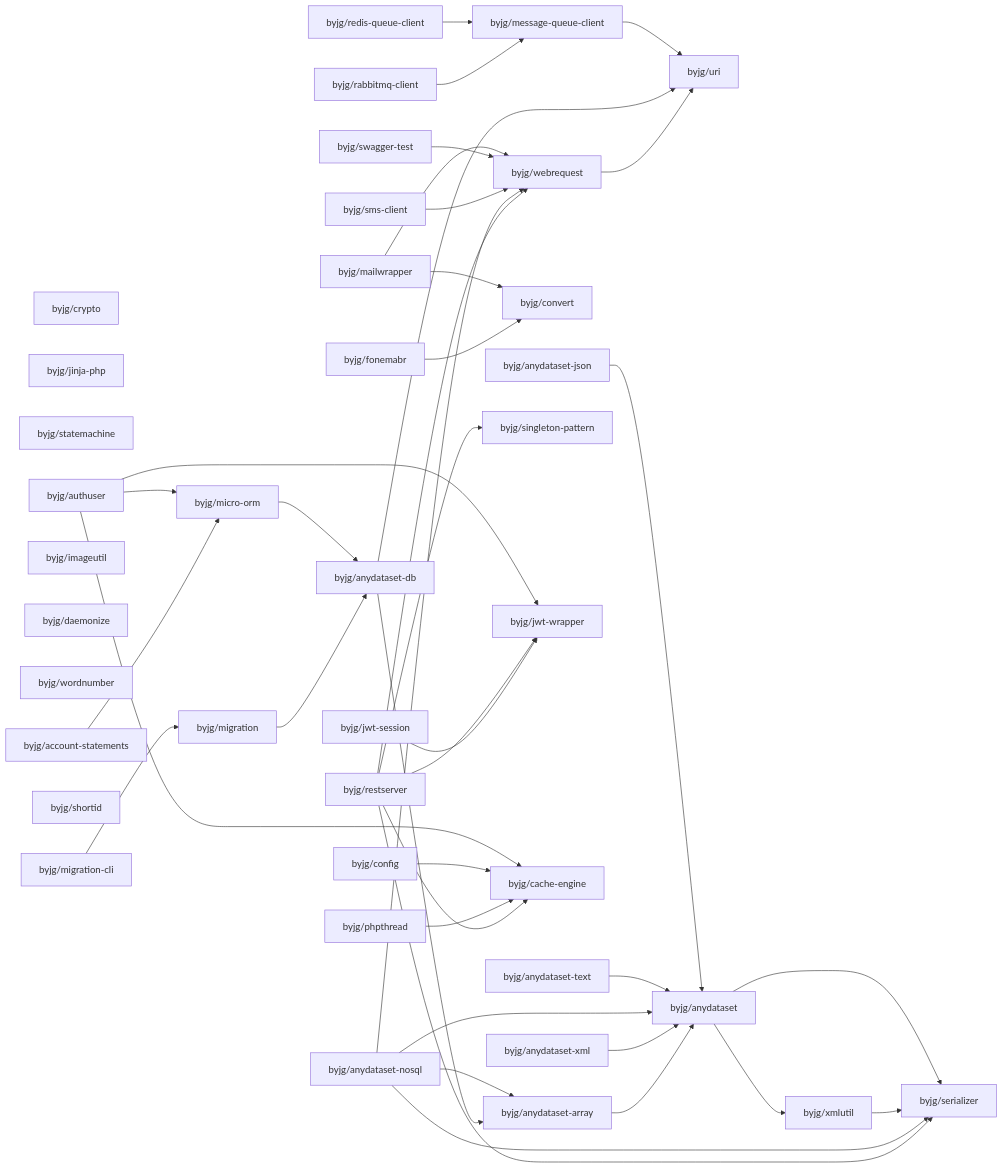
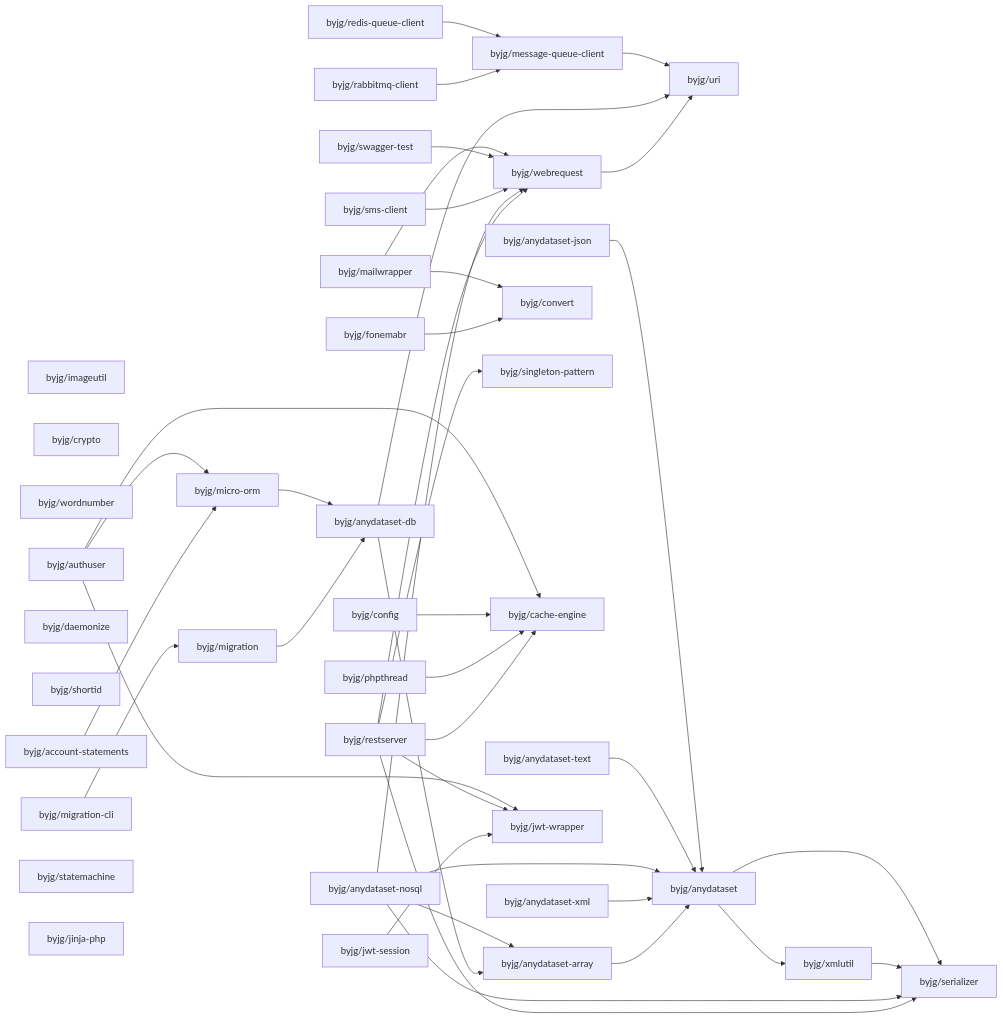
The diagram in docs/php/README.md (byjg/byjg.github.io), drawn with Mermaid before and after one commit. The commit also changed other lines of this file and 7 other files, not shown here.

````diff
--- a/docs/php/README.md
+++ b/docs/php/README.md
@@ -3,78 +3,78 @@
 ```mermaid
 graph LR;
+  byjg/imageutil;
   byjg/mailwrapper;
-  byjg/fonemabr;
+  byjg/anydataset-nosql;
+  byjg/redis-queue-client;
   byjg/anydataset-json;
   byjg/crypto;
+  byjg/anydataset-text;
   byjg/jwt-session;
+  byjg/swagger-test;
+  byjg/rabbitmq-client;
+  byjg/sms-client;
+  byjg/config;
+  byjg/wordnumber;
+  byjg/authuser;
+  byjg/daemonize;
+  byjg/phpthread;
+  byjg/shortid;
+  byjg/fonemabr;
+  byjg/account-statements;
+  byjg/migration-cli;
+  byjg/statemachine;
+  byjg/restserver;
+  byjg/anydataset-xml;
   byjg/jinja-php;
-  byjg/statemachine;
-  byjg/swagger-test;
-  byjg/authuser;
-  byjg/redis-queue-client;
-  byjg/imageutil;
-  byjg/daemonize;
-  byjg/rabbitmq-client;
-  byjg/wordnumber;
-  byjg/account-statements;
-  byjg/anydataset-nosql;
-  byjg/anydataset-text;
-  byjg/restserver;
-  byjg/phpthread;
-  byjg/config;
-  byjg/shortid;
-  byjg/sms-client;
-  byjg/migration-cli;
-  byjg/anydataset-xml;
+  byjg/message-queue-client;
   byjg/convert;
-  byjg/message-queue-client;
   byjg/micro-orm;
+  byjg/migration;
   byjg/singleton-pattern;
-  byjg/jwt-wrapper;
   byjg/cache-engine;
   byjg/webrequest;
-  byjg/migration;
+  byjg/jwt-wrapper;
   byjg/anydataset-db;
   byjg/anydataset-array;
   byjg/uri;
   byjg/anydataset;
   byjg/xmlutil;
   byjg/serializer;
   byjg/account-statements --> byjg/micro-orm;
   byjg/fonemabr --> byjg/convert;
   byjg/webrequest --> byjg/uri;
   byjg/anydataset-array --> byjg/anydataset;
   byjg/anydataset-xml --> byjg/anydataset;
   byjg/rabbitmq-client --> byjg/message-queue-client;
   byjg/redis-queue-client --> byjg/message-queue-client;
   byjg/jwt-session --> byjg/jwt-wrapper;
   byjg/anydataset-db --> byjg/anydataset-array;
   byjg/anydataset-db --> byjg/uri;
   byjg/restserver --> byjg/serializer;
   byjg/restserver --> byjg/singleton-pattern;
   byjg/restserver --> byjg/cache-engine;
   byjg/restserver --> byjg/webrequest;
   byjg/restserver --> byjg/jwt-wrapper;
   byjg/migration --> byjg/anydataset-db;
   byjg/anydataset-nosql --> byjg/anydataset;
   byjg/anydataset-nosql --> byjg/anydataset-array;
   byjg/anydataset-nosql --> byjg/serializer;
   byjg/anydataset-nosql --> byjg/webrequest;
   byjg/phpthread --> byjg/cache-engine;
   byjg/sms-client --> byjg/webrequest;
   byjg/swagger-test --> byjg/webrequest;
   byjg/migration-cli --> byjg/migration;
   byjg/config --> byjg/cache-engine;
   byjg/anydataset-text --> byjg/anydataset;
   byjg/micro-orm --> byjg/anydataset-db;
   byjg/authuser --> byjg/micro-orm;
   byjg/authuser --> byjg/cache-engine;
   byjg/authuser --> byjg/jwt-wrapper;
   byjg/anydataset-json --> byjg/anydataset;
   byjg/mailwrapper --> byjg/convert;
   byjg/mailwrapper --> byjg/webrequest;
   byjg/xmlutil --> byjg/serializer;
   byjg/anydataset --> byjg/serializer;
   byjg/anydataset --> byjg/xmlutil;
   byjg/message-queue-client --> byjg/uri;
 ```
````
